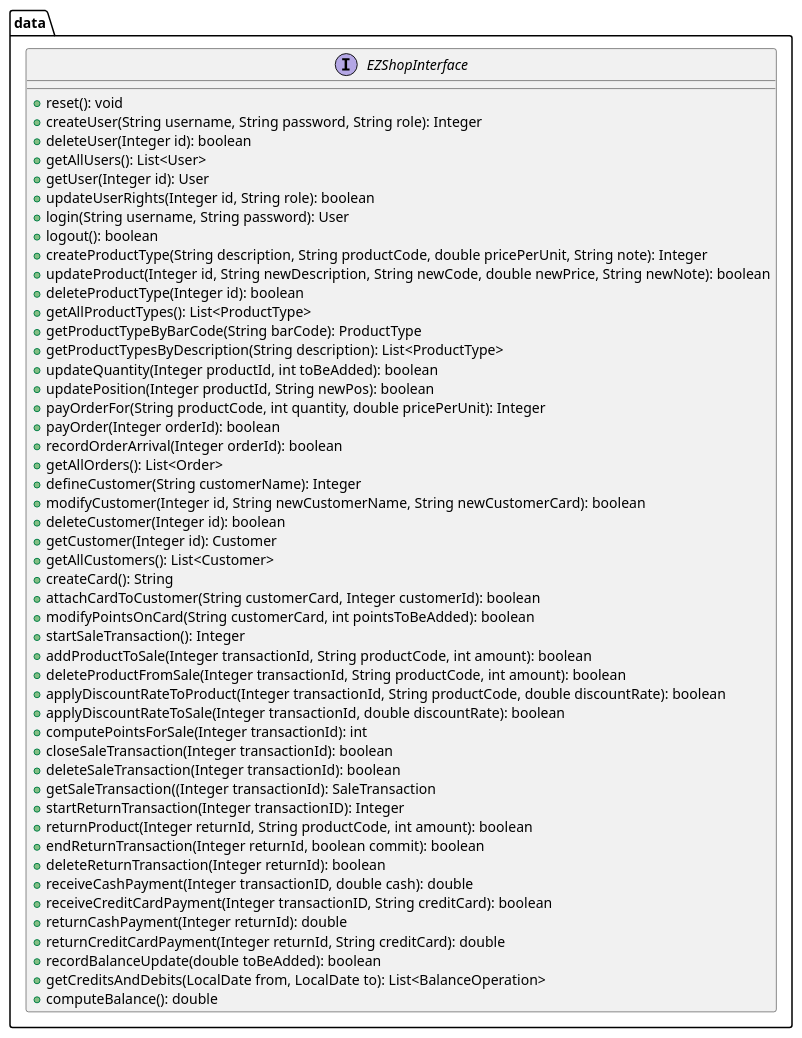
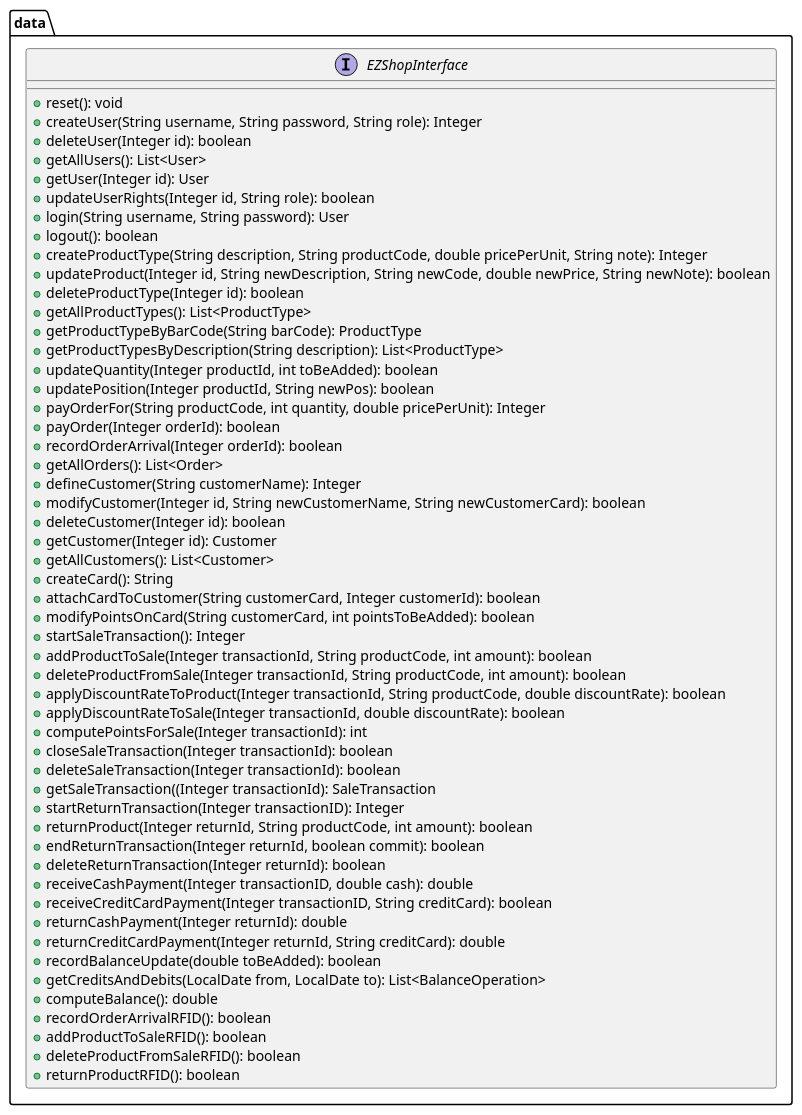
The second of 11 diagrams in Deliverables/DesignDocument.md (marco-ballario/EzShop), drawn with PlantUML before and after one commit.

Commit message:
Update DesignDocument.md added methods in ezShop interface

````diff
--- a/Deliverables/DesignDocument.md
+++ b/Deliverables/DesignDocument.md
@@ -49,56 +49,60 @@
 ```plantuml
 @startuml
 package data{
 interface EZShopInterface{
 + reset(): void
     + createUser(String username, String password, String role): Integer 
     + deleteUser(Integer id): boolean 
 + getAllUsers(): List<User>
 + getUser(Integer id): User 
     + updateUserRights(Integer id, String role): boolean 
     + login(String username, String password): User 
     + logout(): boolean 
     + createProductType(String description, String productCode, double pricePerUnit, String note): Integer 
     + updateProduct(Integer id, String newDescription, String newCode, double newPrice, String newNote): boolean 
 + deleteProductType(Integer id): boolean 
     + getAllProductTypes(): List<ProductType> 
     + getProductTypeByBarCode(String barCode): ProductType
     + getProductTypesByDescription(String description): List<ProductType>
     + updateQuantity(Integer productId, int toBeAdded): boolean
     + updatePosition(Integer productId, String newPos): boolean
     + payOrderFor(String productCode, int quantity, double pricePerUnit): Integer
     + payOrder(Integer orderId): boolean
     + recordOrderArrival(Integer orderId): boolean
     + getAllOrders(): List<Order>
     + defineCustomer(String customerName): Integer
     + modifyCustomer(Integer id, String newCustomerName, String newCustomerCard): boolean
     + deleteCustomer(Integer id): boolean
     + getCustomer(Integer id): Customer
     + getAllCustomers(): List<Customer>
     + createCard(): String
     + attachCardToCustomer(String customerCard, Integer customerId): boolean
     + modifyPointsOnCard(String customerCard, int pointsToBeAdded): boolean
     + startSaleTransaction(): Integer
     + addProductToSale(Integer transactionId, String productCode, int amount): boolean
     + deleteProductFromSale(Integer transactionId, String productCode, int amount): boolean
     + applyDiscountRateToProduct(Integer transactionId, String productCode, double discountRate): boolean
     + applyDiscountRateToSale(Integer transactionId, double discountRate): boolean
     + computePointsForSale(Integer transactionId): int
     + closeSaleTransaction(Integer transactionId): boolean
     + deleteSaleTransaction(Integer transactionId): boolean
     + getSaleTransaction((Integer transactionId): SaleTransaction
     + startReturnTransaction(Integer transactionID): Integer
     + returnProduct(Integer returnId, String productCode, int amount): boolean
     + endReturnTransaction(Integer returnId, boolean commit): boolean
     + deleteReturnTransaction(Integer returnId): boolean
     + receiveCashPayment(Integer transactionID, double cash): double
     + receiveCreditCardPayment(Integer transactionID, String creditCard): boolean
     + returnCashPayment(Integer returnId): double
     + returnCreditCardPayment(Integer returnId, String creditCard): double
     + recordBalanceUpdate(double toBeAdded): boolean
     + getCreditsAndDebits(LocalDate from, LocalDate to): List<BalanceOperation>
     + computeBalance(): double
+    + recordOrderArrivalRFID(): boolean
+    + addProductToSaleRFID(): boolean
+    + deleteProductFromSaleRFID(): boolean
+    + returnProductRFID(): boolean
 } 
 }
 @enduml
 ```
````
